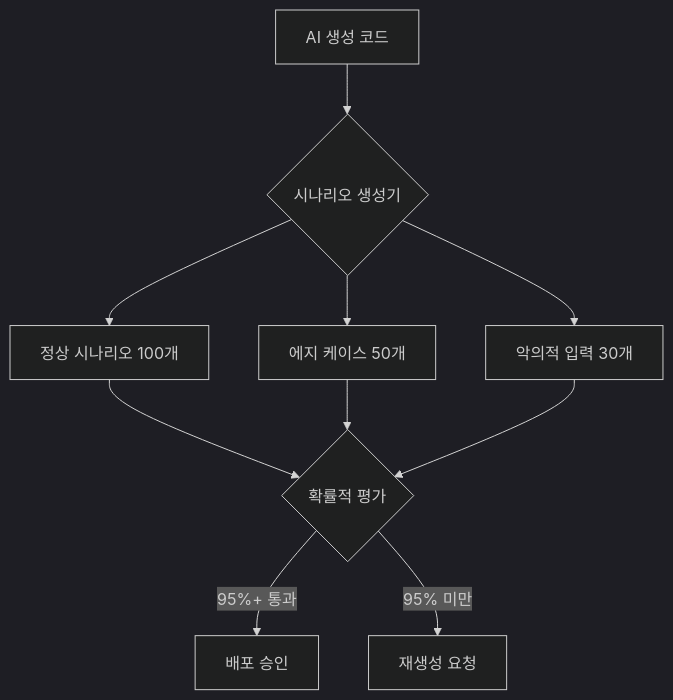
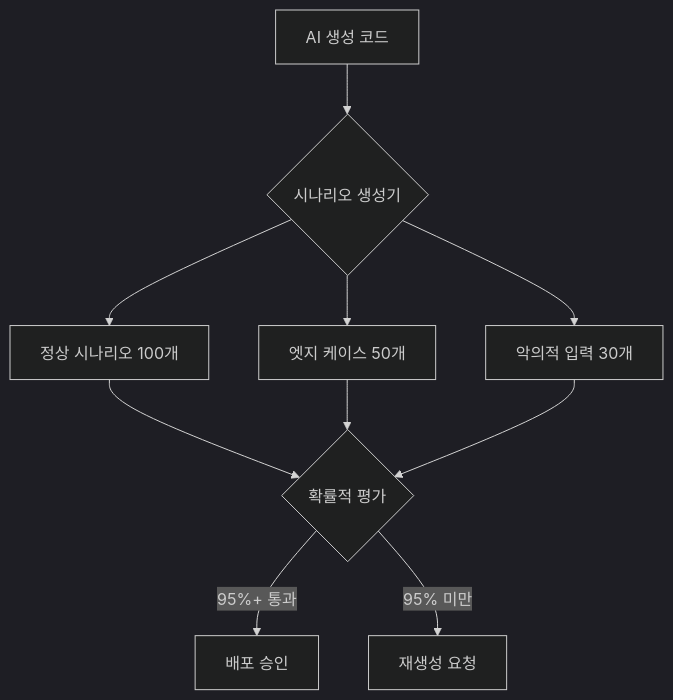
One commit to kimjangwook/www.jangwook.net changed the second of 3 diagrams in src/content/blog/ko/software-factory-zero-code-development.md. Above: the diagram before and after it, drawn with Mermaid (dark theme).

Commit message:
fix(blog): Korean style fix for software-factory post

````diff
--- a/src/content/blog/ko/software-factory-zero-code-development.md
+++ b/src/content/blog/ko/software-factory-zero-code-development.md
@@ -110,12 +110,12 @@
 ```mermaid
 graph TD
     A[AI 생성 코드] --> B{시나리오 생성기}
     B --> C[정상 시나리오 100개]
-    B --> D[에지 케이스 50개]
+    B --> D[엣지 케이스 50개]
     B --> E[악의적 입력 30개]
     C --> F{확률적 평가}
     D --> F
     E --> F
     F -->|95%+ 통과| G[배포 승인]
     F -->|95% 미만| H[재생성 요청]
 ```
````
